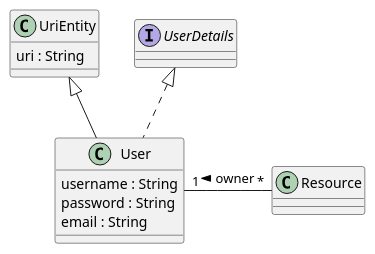
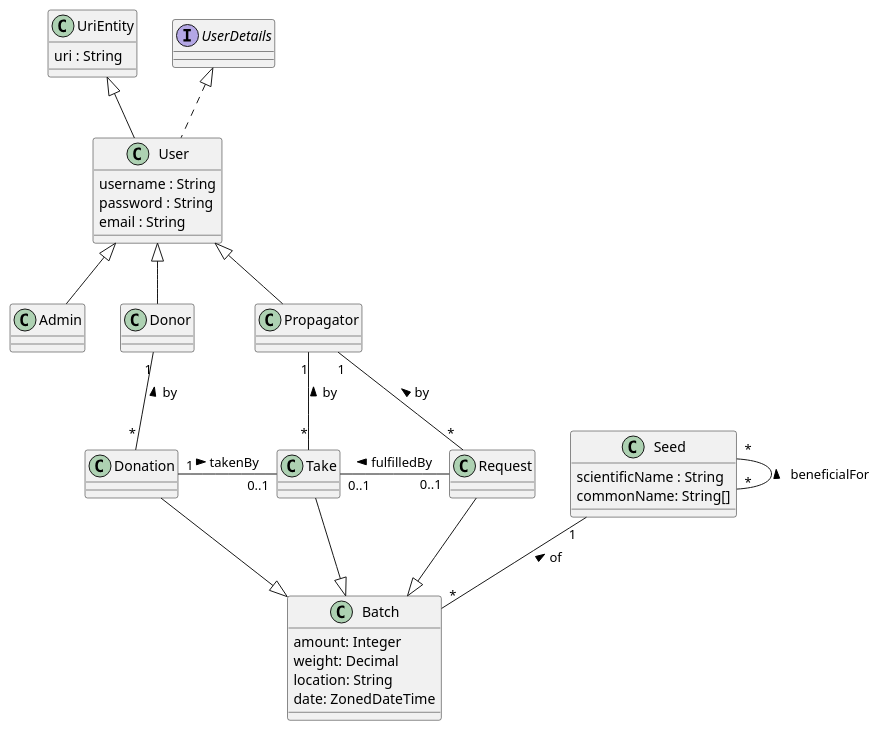
One commit to UdL-EPS-SoftArch/seedbank-gei-api changed the diagram in EntitiesModel.puml. Above: the diagram before and after it, drawn with PlantUML.

Commit message:
Initial Entities Model

```diff
--- a/EntitiesModel.puml
+++ b/EntitiesModel.puml
@@ -1,15 +1,42 @@
 @startuml
 
+class UriEntity {
+  uri : String
+}
 class User extends UriEntity implements UserDetails {
   username : String
   password : String
   email : String
 }
-
-class UriEntity {
-  uri : String
+class Admin extends User {
+}
+class Donor extends User {
+}
+class Propagator extends User {
 }
 
-User "1" --right-- "*" Resource : owner <
+Donor "1" -- "*" Donation : by <
+Propagator "1" -- "*" Take : by <
+Propagator "1" -- "*" Request : by <
+
+class Seed {
+  scientificName : String
+  commonName: String[]
+}
+Seed "*" -- "*" Seed : beneficialFor <
+Seed "1" -- "*" Batch : of <
+
+class Batch {
+  amount: Integer
+  weight: Decimal
+  location: String
+  date: ZonedDateTime
+}
+Take --|> Batch
+Donation --|> Batch
+Request --|> Batch
+
+Donation "1" --right-- "0..1" Take : takenBy >
+Request "0..1" --left-- "0..1" Take : fulfilledBy >
 
 @enduml
```
